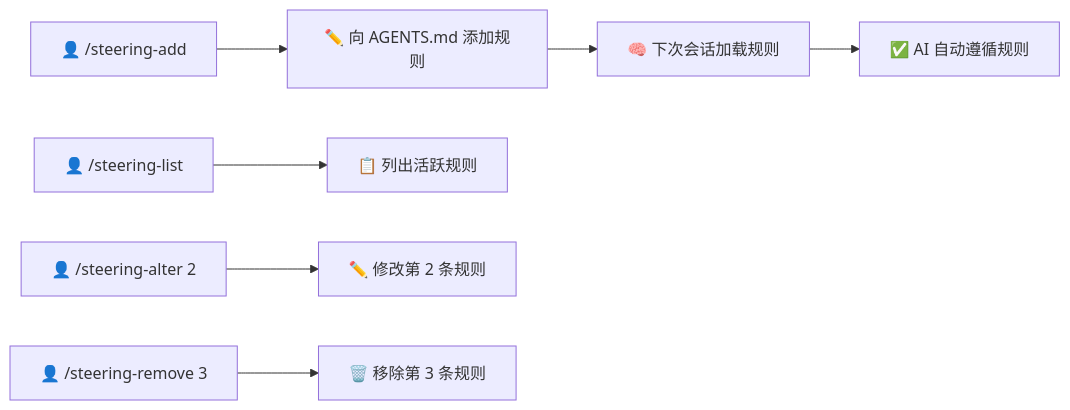
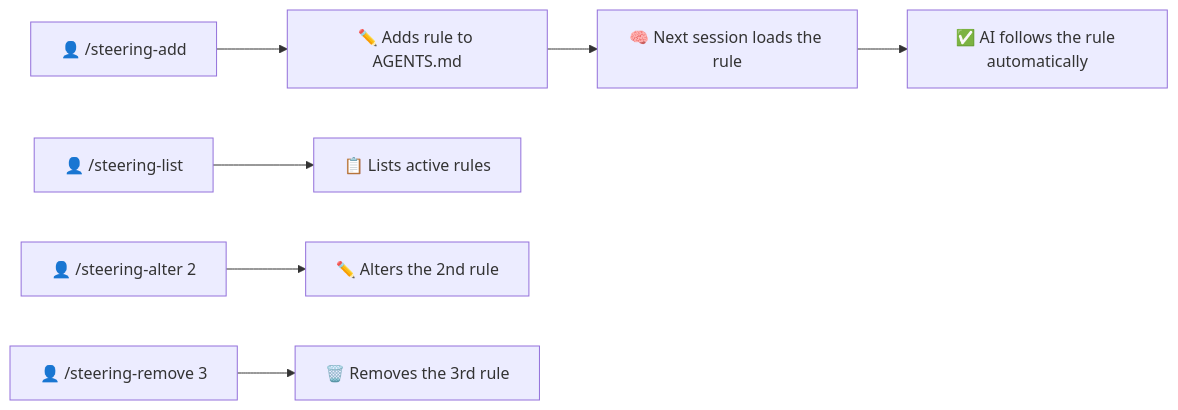
Before and after one commit to andrelncampos/dscode-public: the second of 3 diagrams in docs/i18n/README.zh-Hans.md, drawn with Mermaid. The commit also changed other lines of this file and 4 other files, not shown here.

````diff
--- a/docs/i18n/README.zh-Hans.md
+++ b/docs/i18n/README.zh-Hans.md
@@ -412,9 +367,9 @@
 ```mermaid
 flowchart LR
-    U[👤 /steering-add] --> A[✏️ 向 AGENTS.md 添加规则]
-    A --> S[🧠 下次会话加载规则]
-    S --> B[✅ AI 自动遵循规则]
-    U2[👤 /steering-list] --> V[📋 列出活跃规则]
-    U3[👤 /steering-alter 2] --> W[✏️ 修改第 2 条规则]
-    U4[👤 /steering-remove 3] --> X[🗑️ 移除第 3 条规则]
+    U[👤 /steering-add] --> A[✏️ Adds rule to AGENTS.md]
+    A --> S[🧠 Next session loads the rule]
+    S --> B[✅ AI follows the rule automatically]
+    U2[👤 /steering-list] --> V[📋 Lists active rules]
+    U3[👤 /steering-alter 2] --> W[✏️ Alters the 2nd rule]
+    U4[👤 /steering-remove 3] --> X[🗑️ Removes the 3rd rule]
 ```
````
